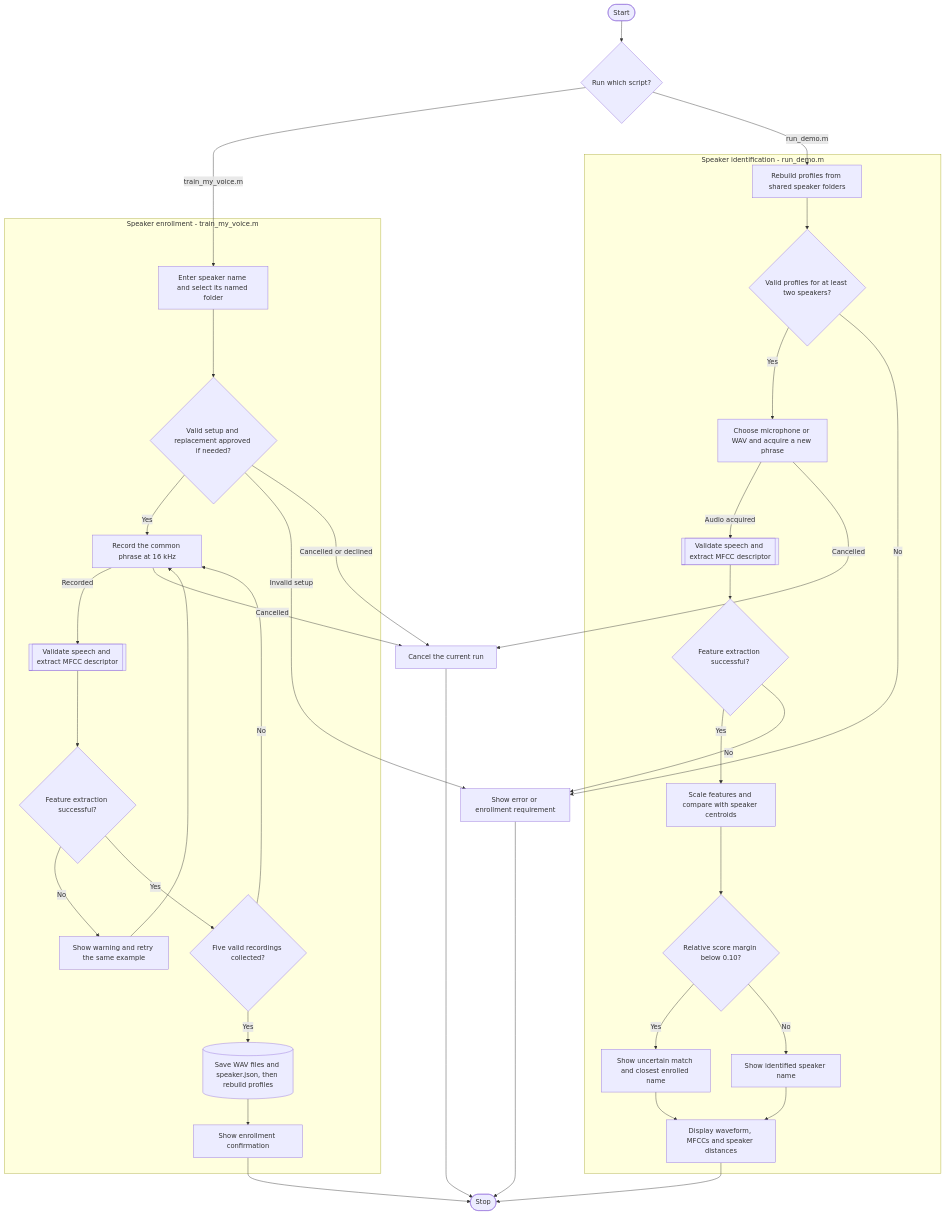
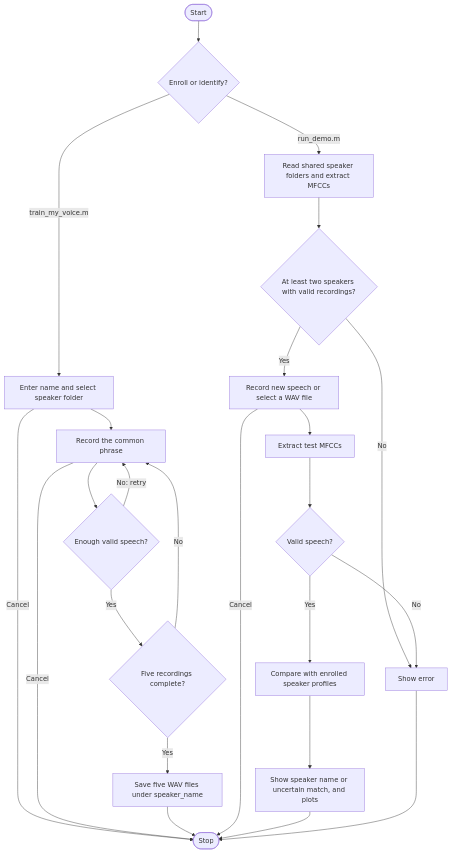
The diagram in readme.md (sarveshnimbalkar/VOICE-RECOGNITION-SNS), drawn with Mermaid before and after one commit. The commit also changed other lines of this file and 25 other files, not shown here.

Commit message:
Reduce project to four MATLAB files and shared speaker recordings

````diff
--- a/readme.md
+++ b/readme.md
@@ -9,64 +7,26 @@
 ```mermaid
 flowchart TD
-    startNode(["Start"]) --> scriptChoice{"Run which script?"}
-
-    subgraph enrollment ["Speaker enrollment - train_my_voice.m"]
-        enrollSetup["Enter speaker name and select its named folder"]
-        enrollReady{"Valid setup and replacement approved if needed?"}
-        enrollRecord["Record the common phrase at 16 kHz"]
-        enrollFeatures[["Validate speech and extract MFCC descriptor"]]
-        enrollValid{"Feature extraction successful?"}
-        enrollRetry["Show warning and retry the same example"]
-        fiveComplete{"Five valid recordings collected?"}
-        profileStore[("Save WAV files and speaker.json, then rebuild profiles")]
-        enrollSuccess["Show enrollment confirmation"]
-
-        enrollSetup --> enrollReady
-        enrollReady -->|"Yes"| enrollRecord
-        enrollRecord -->|"Recorded"| enrollFeatures
-        enrollFeatures --> enrollValid
-        enrollValid -->|"No"| enrollRetry
-        enrollRetry --> enrollRecord
-        enrollValid -->|"Yes"| fiveComplete
-        fiveComplete -->|"No"| enrollRecord
-        fiveComplete -->|"Yes"| profileStore
-        profileStore --> enrollSuccess
-    end
-
-    subgraph identification ["Speaker identification - run_demo.m"]
-        loadProfiles["Rebuild profiles from shared speaker folders"]
-        profilesReady{"Valid profiles for at least two speakers?"}
-        acquireAudio["Choose microphone or WAV and acquire a new phrase"]
-        queryFeatures[["Validate speech and extract MFCC descriptor"]]
-        queryValid{"Feature extraction successful?"}
-        matchSpeakers["Scale features and compare with speaker centroids"]
-        marginCheck{"Relative score margin below 0.10?"}
-        uncertainResult["Show uncertain match and closest enrolled name"]
-        identifiedResult["Show identified speaker name"]
-        showPlots["Display waveform, MFCCs and speaker distances"]
-
-        loadProfiles --> profilesReady
-        profilesReady -->|"Yes"| acquireAudio
-        acquireAudio -->|"Audio acquired"| queryFeatures
-        queryFeatures --> queryValid
-        queryValid -->|"Yes"| matchSpeakers
-        matchSpeakers --> marginCheck
-        marginCheck -->|"Yes"| uncertainResult
-        marginCheck -->|"No"| identifiedResult
-        uncertainResult --> showPlots
-        identifiedResult --> showPlots
-    end
-
-    scriptChoice -->|"train_my_voice.m"| enrollSetup
-    scriptChoice -->|"run_demo.m"| loadProfiles
-    enrollReady -->|"Invalid setup"| showError["Show error or enrollment requirement"]
-    enrollReady -->|"Cancelled or declined"| cancelled["Cancel the current run"]
-    enrollRecord -->|"Cancelled"| cancelled
-    profilesReady -->|"No"| showError
-    acquireAudio -->|"Cancelled"| cancelled
-    queryValid -->|"No"| showError
-    enrollSuccess --> stopNode(["Stop"])
-    showPlots --> stopNode
+    startNode(["Start"]) --> mode{"Enroll or identify?"}
+    mode -->|"train_my_voice.m"| nameFolder["Enter name and select speaker folder"]
+    nameFolder --> recordAudio["Record the common phrase"]
+    nameFolder -->|"Cancel"| stopNode(["Stop"])
+    recordAudio --> validSpeech{"Enough valid speech?"}
+    recordAudio -->|"Cancel"| stopNode
+    validSpeech -->|"No: retry"| recordAudio
+    validSpeech -->|"Yes"| fiveSamples{"Five recordings complete?"}
+    fiveSamples -->|"No"| recordAudio
+    fiveSamples -->|"Yes"| saveAudio["Save five WAV files under speaker_name"]
+    saveAudio --> stopNode
+    mode -->|"run_demo.m"| loadAudio["Read shared speaker folders and extract MFCCs"]
+    loadAudio --> ready{"At least two speakers with valid recordings?"}
+    ready -->|"No"| showError["Show error"]
+    ready -->|"Yes"| testAudio["Record new speech or select a WAV file"]
+    testAudio -->|"Cancel"| stopNode
+    testAudio --> extract["Extract test MFCCs"]
+    extract --> validTest{"Valid speech?"}
+    validTest -->|"No"| showError
+    validTest -->|"Yes"| compare["Compare with enrolled speaker profiles"]
+    compare --> displayResult["Show speaker name or uncertain match, and plots"]
+    displayResult --> stopNode
     showError --> stopNode
-    cancelled --> stopNode
 ```
````
